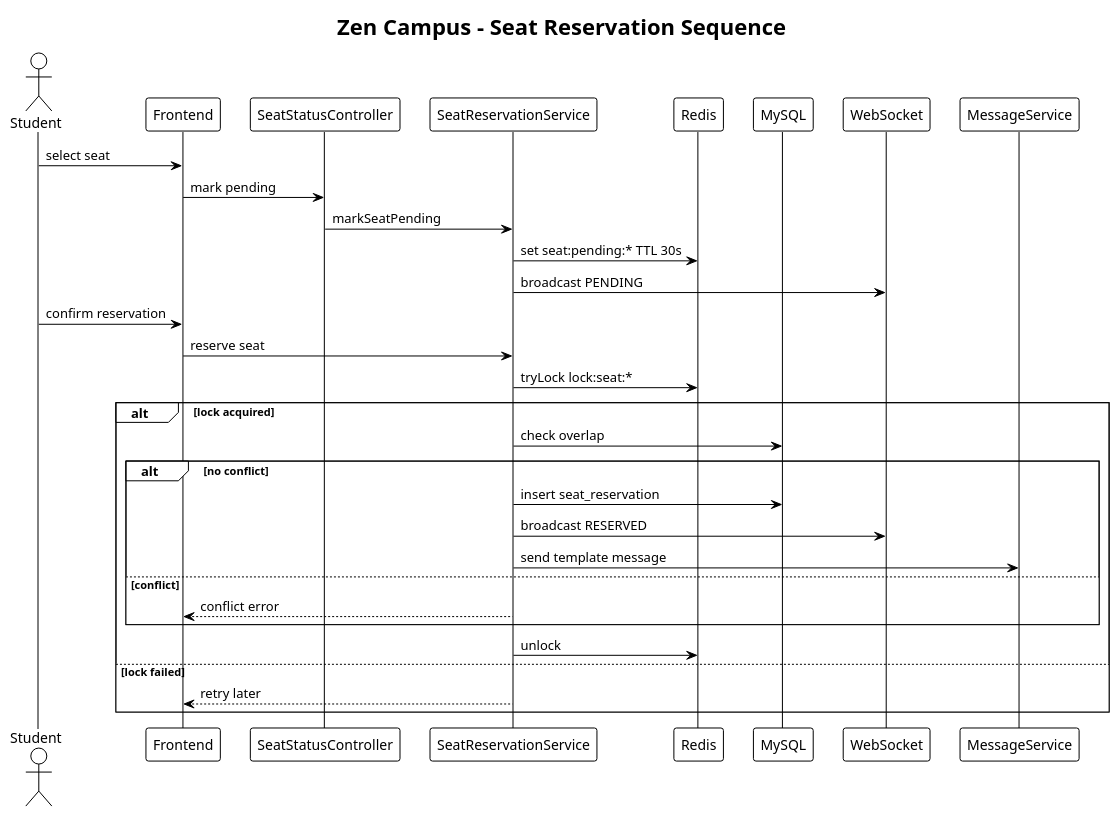
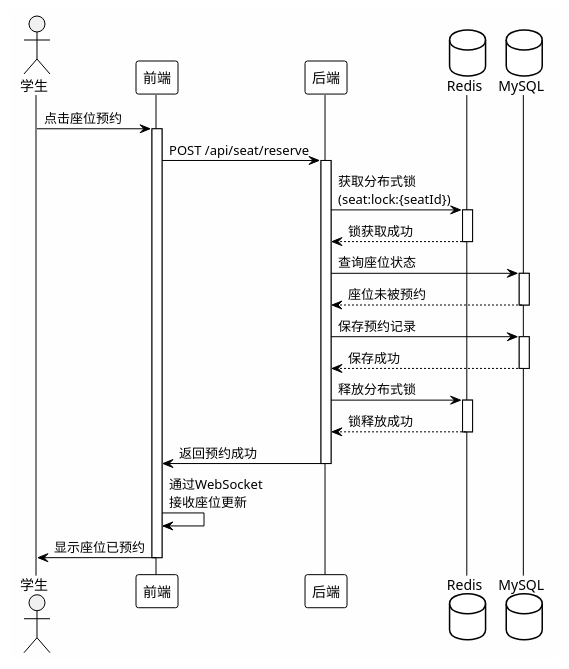
Before and after one commit to ooyyh/zen: the diagram in report/result/charts/05_Business_Process_Sequence.puml, drawn with PlantUML. The commit also changed 40 other files, not shown here.

```diff
--- a/report/result/charts/05_Business_Process_Sequence.puml
+++ b/report/result/charts/05_Business_Process_Sequence.puml
@@ -1,39 +1,44 @@
-@startuml Seat Reservation Sequence
+@startuml Business_Process_Sequence
 !theme plain
-skinparam backgroundColor #FFFFFF
+skinparam backgroundColor #FEFEFE
+skinparam sequenceActorBackgroundColor #F0F0F0
 
-title Zen Campus - Seat Reservation Sequence
+actor 学生
+participant 前端
+participant 后端
+database Redis
+database MySQL
 
-actor Student
-participant Frontend
-participant SeatStatusController
-participant SeatReservationService
-participant Redis
-participant MySQL
-participant WebSocket
-participant MessageService
+学生 -> 前端: 点击座位预约
+activate 前端
+前端 -> 后端: POST /api/seat/reserve
+activate 后端
 
-Student -> Frontend: select seat
-Frontend -> SeatStatusController: mark pending
-SeatStatusController -> SeatReservationService: markSeatPending
-SeatReservationService -> Redis: set seat:pending:* TTL 30s
-SeatReservationService -> WebSocket: broadcast PENDING
+后端 -> Redis: 获取分布式锁\n(seat:lock:{seatId})
+activate Redis
+Redis --> 后端: 锁获取成功
+deactivate Redis
 
-Student -> Frontend: confirm reservation
-Frontend -> SeatReservationService: reserve seat
-SeatReservationService -> Redis: tryLock lock:seat:*
-alt lock acquired
-  SeatReservationService -> MySQL: check overlap
-  alt no conflict
-    SeatReservationService -> MySQL: insert seat_reservation
-    SeatReservationService -> WebSocket: broadcast RESERVED
-    SeatReservationService -> MessageService: send template message
-  else conflict
-    SeatReservationService --> Frontend: conflict error
-  end
-  SeatReservationService -> Redis: unlock
-else lock failed
-  SeatReservationService --> Frontend: retry later
-end
+后端 -> MySQL: 查询座位状态
+activate MySQL
+MySQL --> 后端: 座位未被预约
+deactivate MySQL
+
+后端 -> MySQL: 保存预约记录
+activate MySQL
+MySQL --> 后端: 保存成功
+deactivate MySQL
+
+后端 -> Redis: 释放分布式锁
+activate Redis
+Redis --> 后端: 锁释放成功
+deactivate Redis
+
+后端 -> 前端: 返回预约成功
+deactivate 后端
+
+前端 -> 前端: 通过WebSocket\n接收座位更新
+前端 -> 学生: 显示座位已预约
+deactivate 前端
 
 @enduml
```
